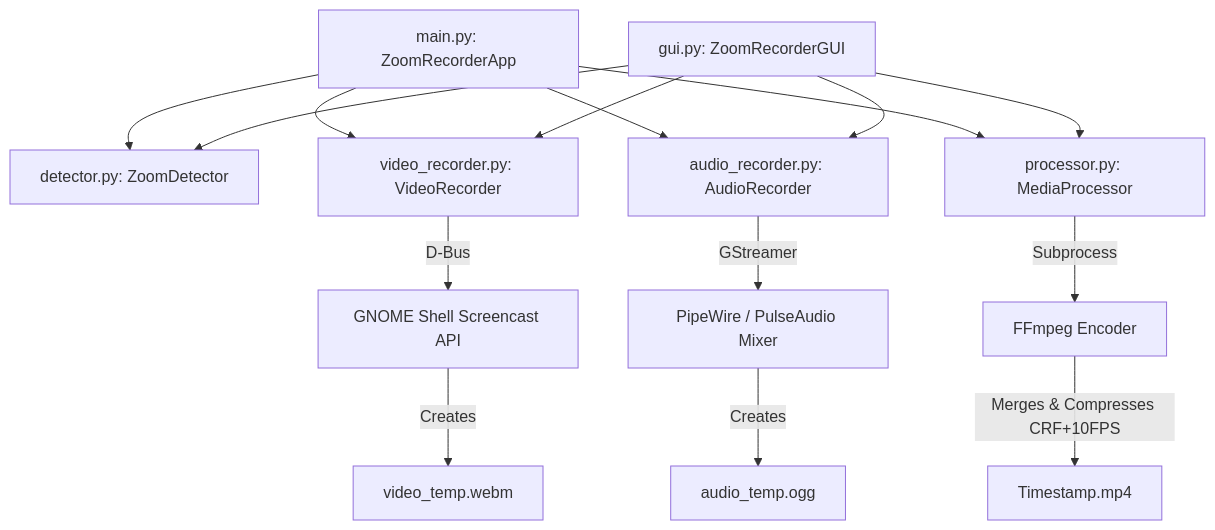
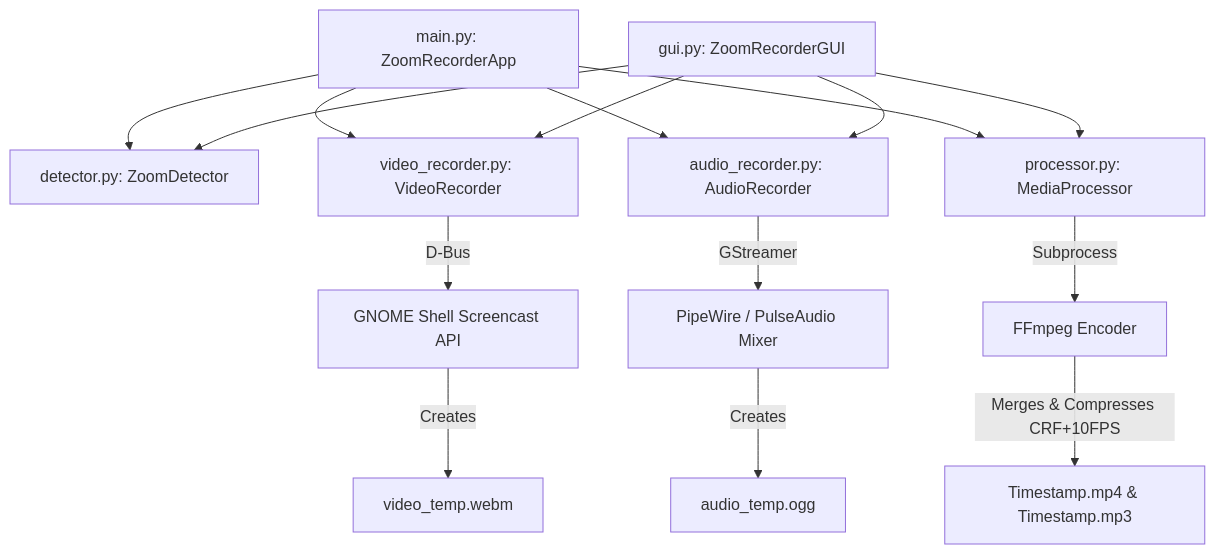
The diagram in PROYECTO.md (oredondo/gnome-wayland-screen-recorder), drawn with Mermaid before and after one commit. The commit also changed other lines of this file and 6 other files, not shown here.

````diff
--- a/PROYECTO.md
+++ b/PROYECTO.md
@@ -41,20 +41,20 @@
 ```mermaid
 graph TD
     A1[main.py: ZoomRecorderApp] --> B[detector.py: ZoomDetector]
     A1 --> C[video_recorder.py: VideoRecorder]
     A1 --> D[audio_recorder.py: AudioRecorder]
     A1 --> E[processor.py: MediaProcessor]
     
     A2[gui.py: ZoomRecorderGUI] --> B
     A2 --> C
     A2 --> D
     A2 --> E
     
     C -->|D-Bus| F[GNOME Shell Screencast API]
     D -->|GStreamer| G[PipeWire / PulseAudio Mixer]
     E -->|Subprocess| H[FFmpeg Encoder]
     
     F -->|Creates| I[video_temp.webm]
     G -->|Creates| J[audio_temp.ogg]
-    H -->|Merges & Compresses CRF+10FPS| K[Timestamp.mp4]
+    H -->|Merges & Compresses CRF+10FPS| K[Timestamp.mp4 & Timestamp.mp3]
 ```
````
